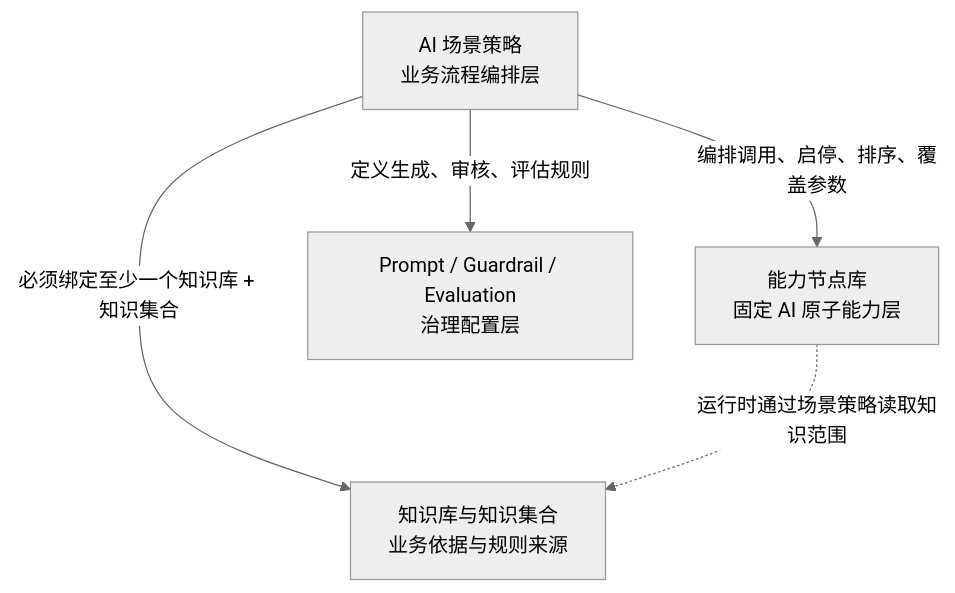
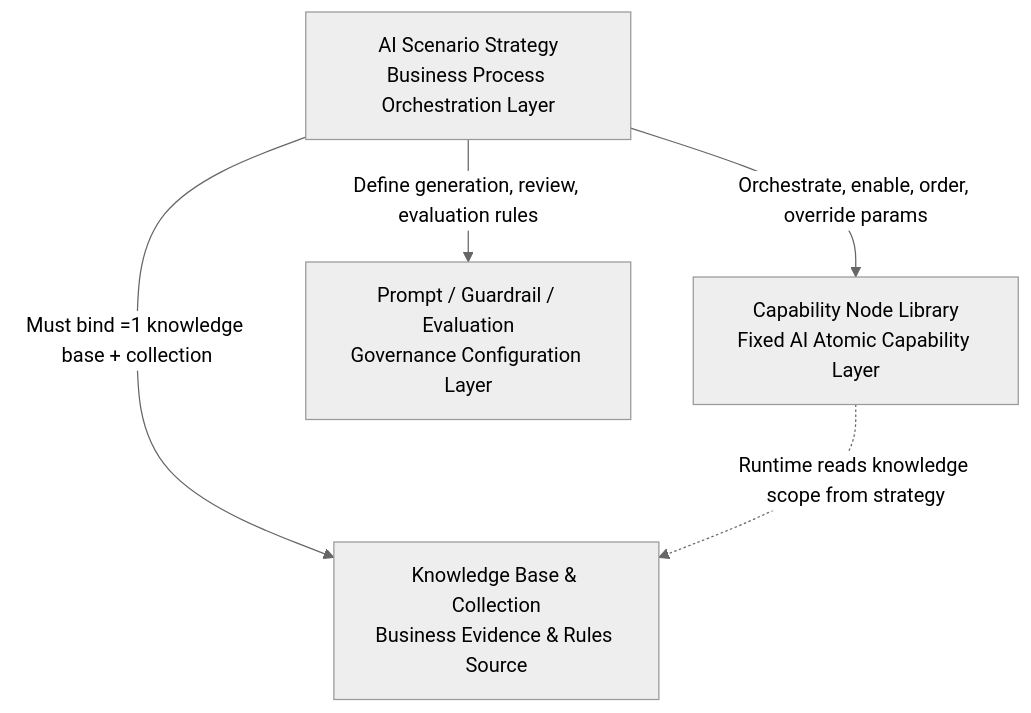
One commit to usago007/ai-crm-service-hub changed the diagram in README.md. Above: the diagram before and after it, drawn with Mermaid (neutral theme). The commit also changed other lines of this file, not shown here.

Commit message:
chore: remove Chinese text from README, replace with English

````diff
--- a/README.md
+++ b/README.md
@@ -91,12 +91,12 @@
 ```mermaid
 flowchart TB
-    STRATEGY["AI 场景策略<br/>业务流程编排层"]
-    NODELIB["能力节点库<br/>固定 AI 原子能力层"]
-    KB["知识库与知识集合<br/>业务依据与规则来源"]
-    GOVERN["Prompt / Guardrail / Evaluation<br/>治理配置层"]
+    STRATEGY["AI Scenario Strategy<br/>Business Process Orchestration Layer"]
+    NODELIB["Capability Node Library<br/>Fixed AI Atomic Capability Layer"]
+    KB["Knowledge Base & Collection<br/>Business Evidence & Rules Source"]
+    GOVERN["Prompt / Guardrail / Evaluation<br/>Governance Configuration Layer"]
 
-    STRATEGY -->|"编排调用、启停、排序、覆盖参数"| NODELIB
-    STRATEGY -->|"必须绑定至少一个知识库 + 知识集合"| KB
-    STRATEGY -->|"定义生成、审核、评估规则"| GOVERN
-    NODELIB -.->|"运行时通过场景策略读取知识范围"| KB
+    STRATEGY -->|"Orchestrate, enable, order, override params"| NODELIB
+    STRATEGY -->|"Must bind =1 knowledge base + collection"| KB
+    STRATEGY -->|"Define generation, review, evaluation rules"| GOVERN
+    NODELIB -.->|"Runtime reads knowledge scope from strategy"| KB
 ```
````
